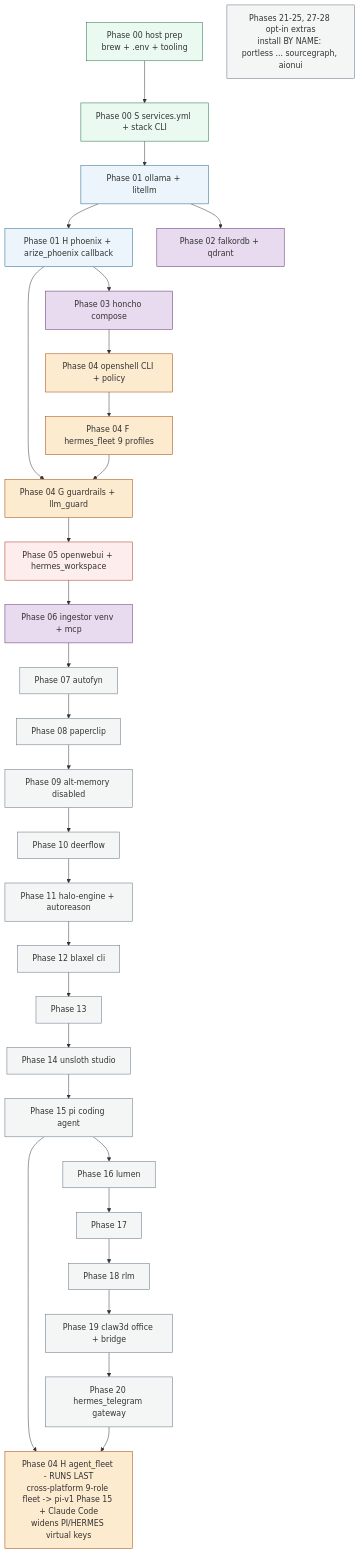
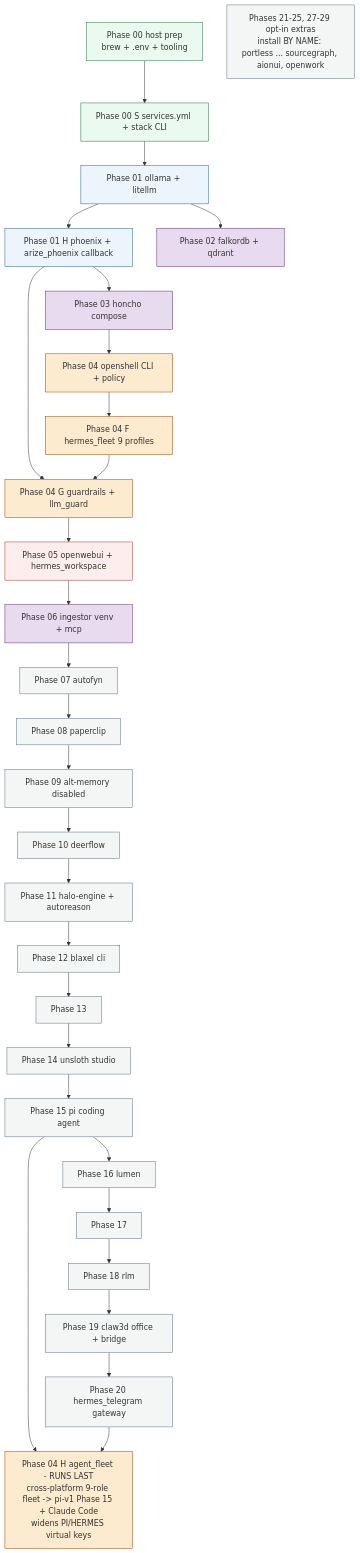
The sixth of 6 diagrams in doc/DEPENDENCIES.md (mayssamj/versatile-ai-stack), drawn with Mermaid before and after one commit. The commit also changed 22 other files, not shown here.

````diff
--- a/doc/DEPENDENCIES.md
+++ b/doc/DEPENDENCIES.md
@@ -365,49 +365,49 @@
 ```mermaid
 graph TD
   classDef host fill:#eafaf1,stroke:#196f3d
   classDef inf fill:#ebf5fb,stroke:#1f618d
   classDef store fill:#e8daef,stroke:#5b2c6f
   classDef sec fill:#fdebd0,stroke:#a04000
   classDef ui fill:#fdedec,stroke:#a93226
   classDef opt fill:#f4f6f6,stroke:#5d6d7e
 
   p00[Phase 00 host prep<br/>brew + .env + tooling]:::host
   p00s[Phase 00 S services.yml + stack CLI]:::host
   p01[Phase 01 ollama + litellm]:::inf
   p01h[Phase 01 H phoenix + arize_phoenix callback]:::inf
   p02[Phase 02 falkordb + qdrant]:::store
   p03[Phase 03 honcho compose]:::store
   p04[Phase 04 openshell CLI + policy]:::sec
   p04f[Phase 04 F hermes_fleet 9 profiles]:::sec
   p04g[Phase 04 G guardrails + llm_guard]:::sec
   p05[Phase 05 openwebui + hermes_workspace]:::ui
   p06[Phase 06 ingestor venv + mcp]:::store
   p07[Phase 07 autofyn]:::opt
   p08[Phase 08 paperclip]:::opt
   p09[Phase 09 alt-memory disabled]:::opt
   p10[Phase 10 deerflow]:::opt
   p11[Phase 11 halo-engine + autoreason]:::opt
   p12[Phase 12 blaxel cli]:::opt
   p13[Phase 13]:::opt
   p14[Phase 14 unsloth studio]:::opt
   p15[Phase 15 pi coding agent]:::opt
   p16[Phase 16 lumen]:::opt
   p17[Phase 17]:::opt
   p18[Phase 18 rlm]:::opt
   p19[Phase 19 claw3d office + bridge]:::opt
   p20[Phase 20 hermes_telegram gateway]:::opt
-  p21_26[Phases 21-25, 27-28 opt-in extras<br/>install BY NAME: portless ... sourcegraph, aionui]:::opt
+  p21_26[Phases 21-25, 27-29 opt-in extras<br/>install BY NAME: portless ... sourcegraph, aionui, openwork]:::opt
   p04h[Phase 04 H agent_fleet - RUNS LAST<br/>cross-platform 9-role fleet -> pi-v1 Phase 15 + Claude Code<br/>widens PI/HERMES virtual keys]:::sec
 
   p00 --> p00s --> p01 --> p01h
   p01 --> p02
   p01h --> p03
   p03 --> p04 --> p04f
   p01h --> p04g
   p04f --> p04g
   p04g --> p05
   p05 --> p06
   p06 --> p07 --> p08 --> p09 --> p10 --> p11 --> p12 --> p13 --> p14 --> p15 --> p16 --> p17 --> p18 --> p19 --> p20
   p15 --> p04h
   p20 --> p04h
 ```
````
